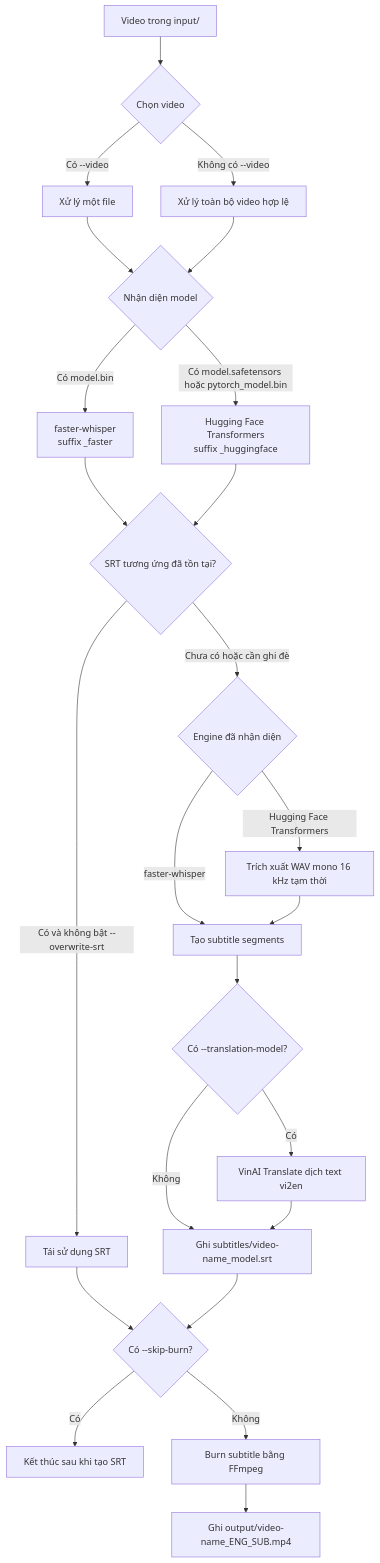
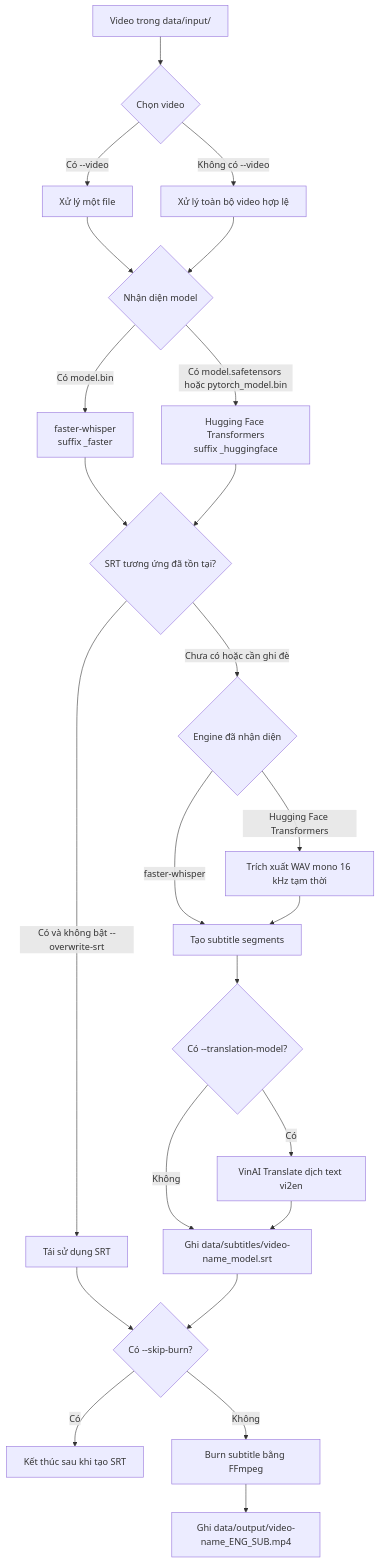
Before and after one commit to EJH-TienHwng/transcript-video: the first of 2 diagrams in README.md, drawn with Mermaid. The commit also changed other lines of this file and 35 other files, not shown here.

````diff
--- a/README.md
+++ b/README.md
@@ -48,26 +48,26 @@
 ```mermaid
 flowchart TD
-    A[Video trong input/] --> B{Chọn video}
+    A[Video trong data/input/] --> B{Chọn video}
     B -->|Có --video| C[Xử lý một file]
     B -->|Không có --video| D[Xử lý toàn bộ video hợp lệ]
     C --> F{Nhận diện model}
     D --> F
     F -->|Có model.bin| G[faster-whisper<br/>suffix _faster]
     F -->|Có model.safetensors hoặc pytorch_model.bin| H[Hugging Face Transformers<br/>suffix _huggingface]
     G --> E{SRT tương ứng đã tồn tại?}
     H --> E
     E -->|Có và không bật --overwrite-srt| K[Tái sử dụng SRT]
     E -->|Chưa có hoặc cần ghi đè| Q{Engine đã nhận diện}
     Q -->|faster-whisper| J[Tạo subtitle segments]
     Q -->|Hugging Face Transformers| I[Trích xuất WAV mono 16 kHz tạm thời]
     I --> J
     J --> R{Có --translation-model?}
     R -->|Có| S[VinAI Translate dịch text vi2en]
-    R -->|Không| L[Ghi subtitles/video-name_model.srt]
+    R -->|Không| L[Ghi data/subtitles/video-name_model.srt]
     S --> L
     K --> M{Có --skip-burn?}
     L --> M
     M -->|Có| N[Kết thúc sau khi tạo SRT]
     M -->|Không| O[Burn subtitle bằng FFmpeg]
-    O --> P[Ghi output/video-name_ENG_SUB.mp4]
+    O --> P[Ghi data/output/video-name_ENG_SUB.mp4]
 ```
````
